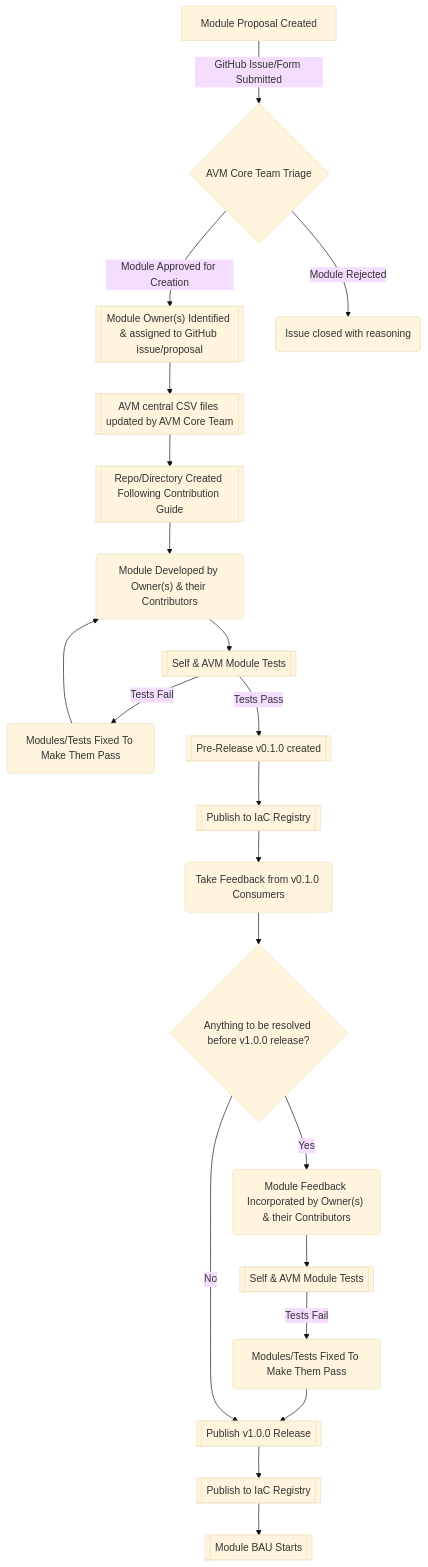
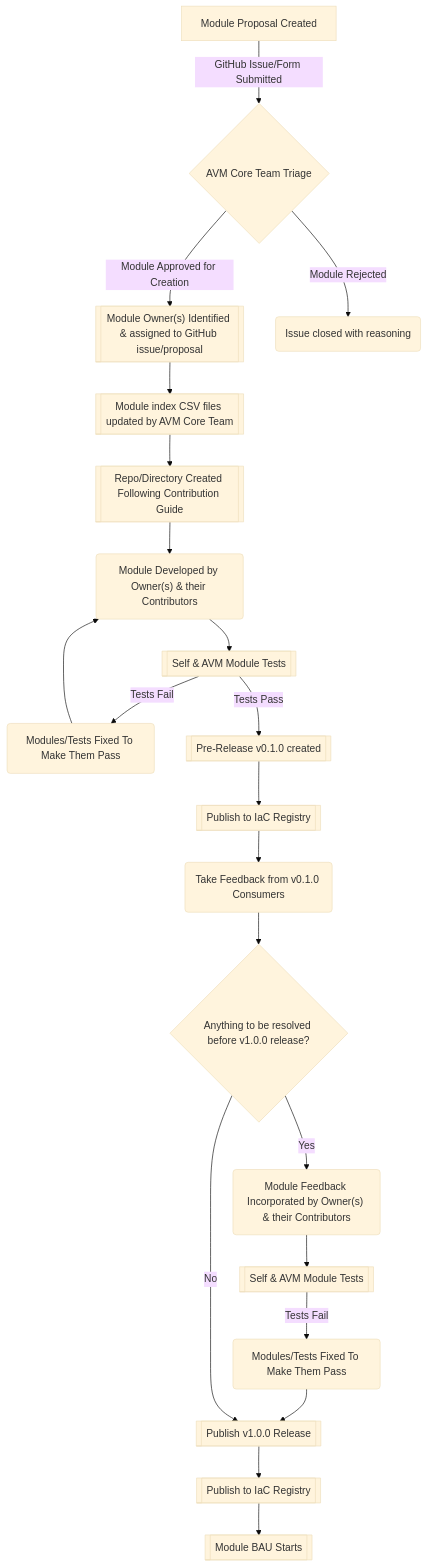
Before and after one commit to Azure/Azure-Verified-Modules: the diagram in docs/content/contributing/process.md, drawn with Mermaid (base theme). The commit also changed other lines of this file and 1 other file, not shown here.

Commit message:
minor fixes

```diff
--- a/docs/content/contributing/process.md
+++ b/docs/content/contributing/process.md
@@ -14,23 +14,23 @@
 {{< mermaid class="text-center" >}}
 flowchart TD
     A[Module Proposal Created] -->|GitHub Issue/Form Submitted| B{AVM Core Team Triage}
     B -->|Module Approved for Creation| C[["Module Owner(s) Identified & assigned to GitHub issue/proposal" ]]
     B -->|Module Rejected| D(Issue closed with reasoning)
-    C -->E[[AVM central CSV files updated by AVM Core Team]]
+    C -->E[[Module index CSV files updated by AVM Core Team]]
     E -->E1[[Repo/Directory Created Following Contribution Guide]]
     E1 -->F("Module Developed by Owner(s) & their Contributors")
     F -->G[[Self & AVM Module Tests]]
     G -->|Tests Fail|I(Modules/Tests Fixed To Make Them Pass)
     I -->F
     G -->|Tests Pass|J[[Pre-Release v0.1.0 created]]
     J -->K[[Publish to IaC Registry]]
     K -->L(Take Feedback from v0.1.0 Consumers)
     L -->M{Anything to be resolved before v1.0.0 release?}
     M -->|Yes|FixPreV1("Module Feedback Incorporated by Owner(s) & their Contributors")
     FixPreV1 -->PreV1Tests[[Self & AVM Module Tests]]
     PreV1Tests -->|Tests Fail|PreV1TestsFix(Modules/Tests Fixed To Make Them Pass)
     PreV1TestsFix -->N
     M -->|No|N[[Publish v1.0.0 Release]]
     N -->O[[Publish to IaC Registry]]
     O -->P[[Module BAU Starts]]
 {{< /mermaid >}}
```
